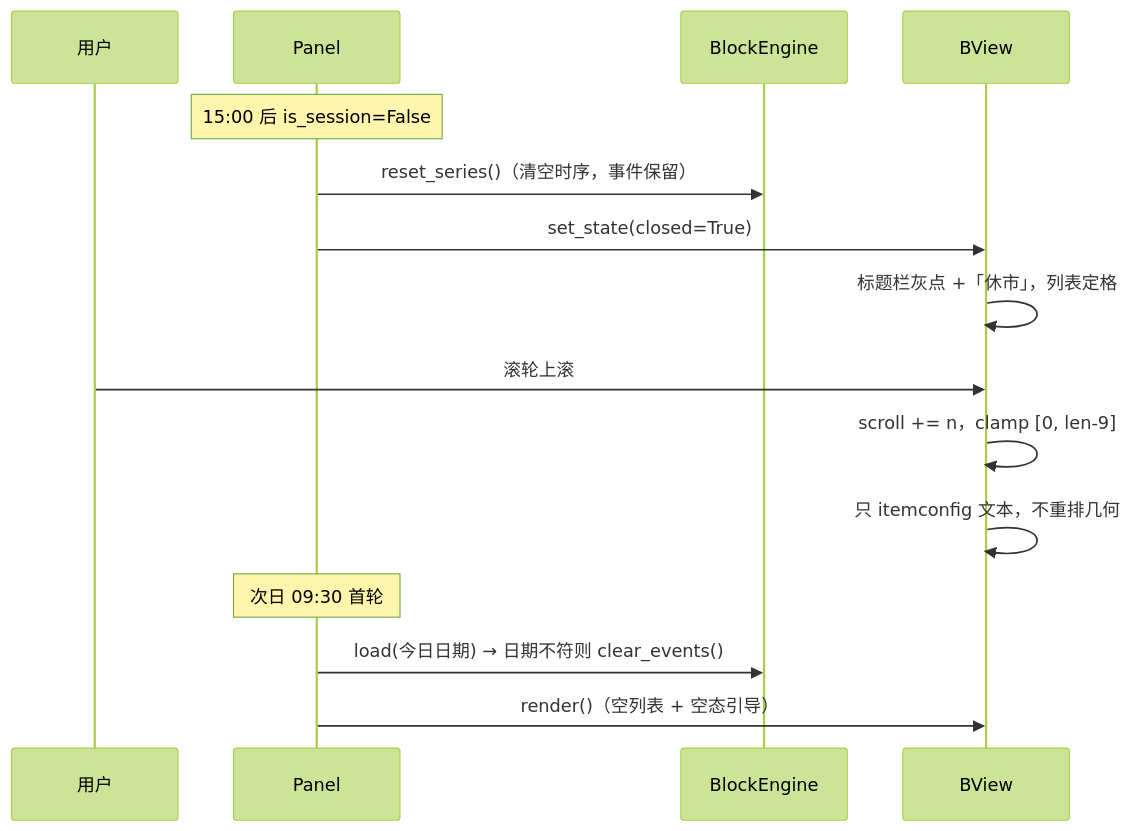
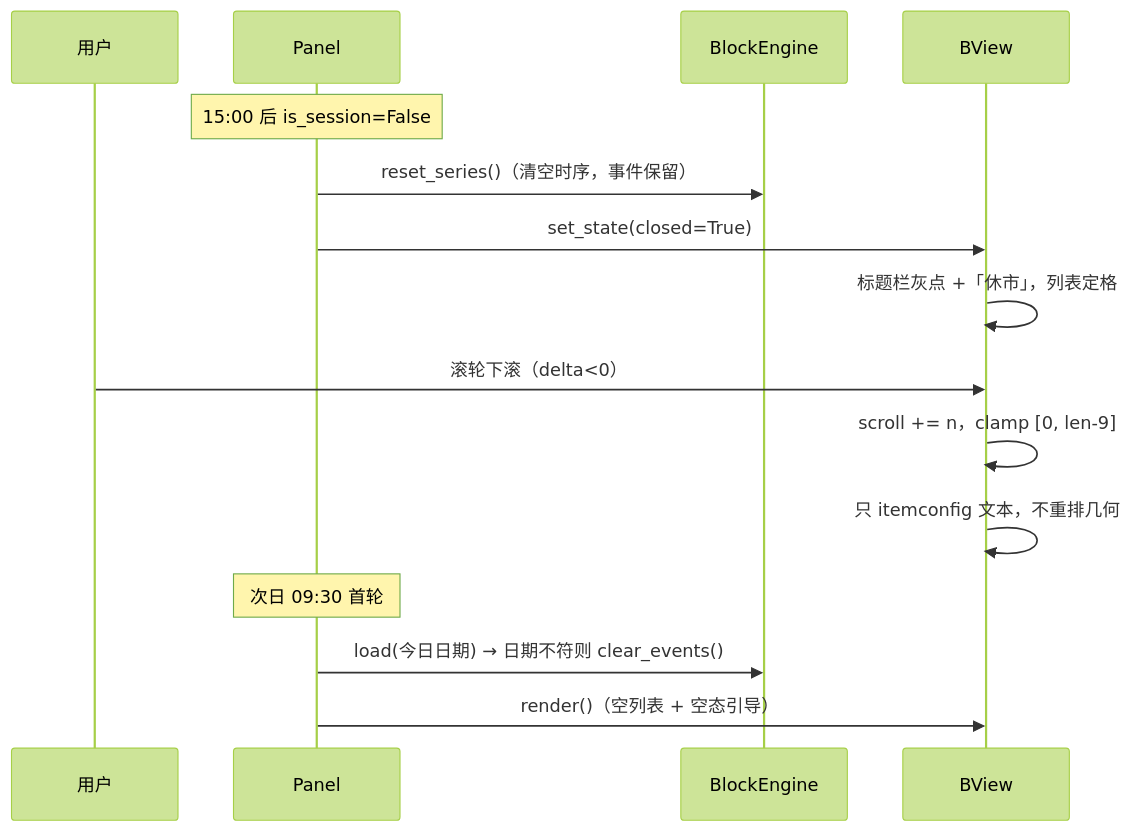
The fourth of 5 diagrams in wiki/docs/设计文档/板块异动/v1.0.0/SDD-盯盘君-板块异动-v1.0.0.md (genglitao/MarketEye), drawn with Mermaid (forest theme) before and after one commit. The commit also changed other lines of this file and 5 other files, not shown here.

````diff
--- a/wiki/docs/设计文档/板块异动/v1.0.0/SDD-盯盘君-板块异动-v1.0.0.md
+++ b/wiki/docs/设计文档/板块异动/v1.0.0/SDD-盯盘君-板块异动-v1.0.0.md
@@ -295,18 +298,18 @@
 ```mermaid
 sequenceDiagram
     participant U as 用户
     participant P as Panel
     participant E as BlockEngine
     participant V as BView
 
     Note over P: 15:00 后 is_session=False
     P->>E: reset_series()（清空时序，事件保留）
     P->>V: set_state(closed=True)
     V->>V: 标题栏灰点 +「休市」，列表定格
-    U->>V: 滚轮上滚
+    U->>V: 滚轮下滚（delta<0）
     V->>V: scroll += n，clamp [0, len-9]
     V->>V: 只 itemconfig 文本，不重排几何
     Note over P: 次日 09:30 首轮
     P->>E: load(今日日期) → 日期不符则 clear_events()
     P->>V: render()（空列表 + 空态引导）
 ```
````
